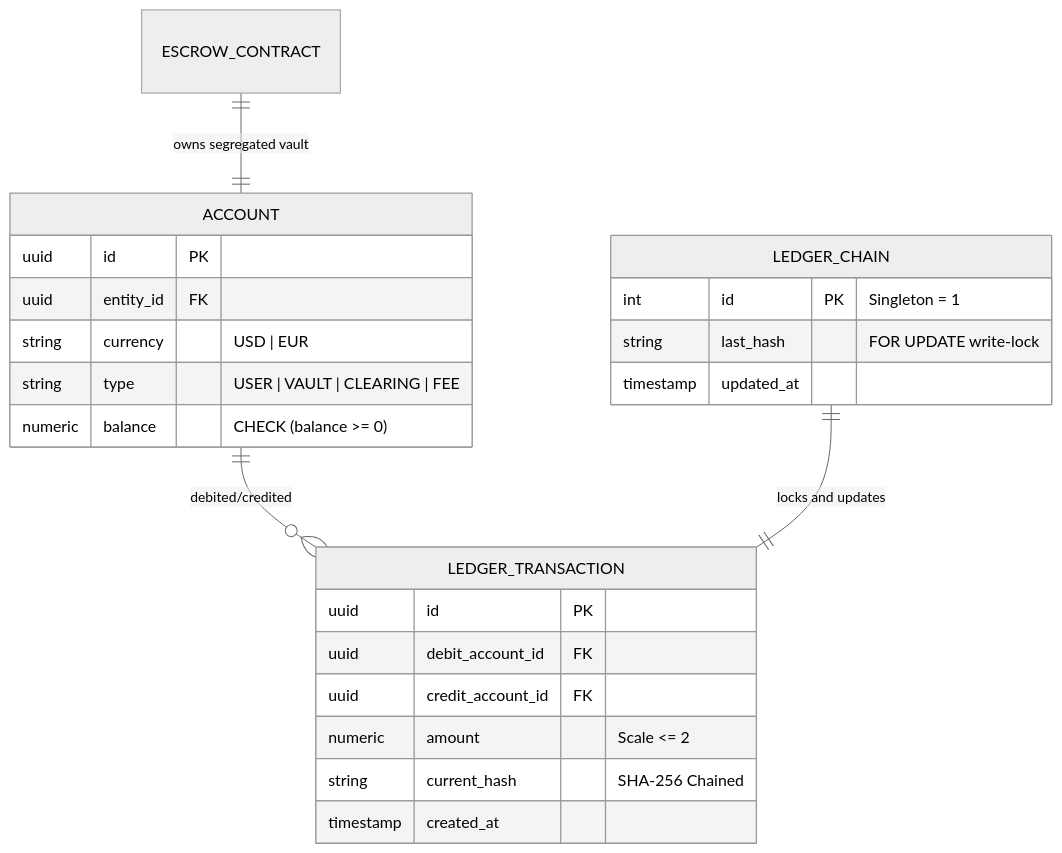
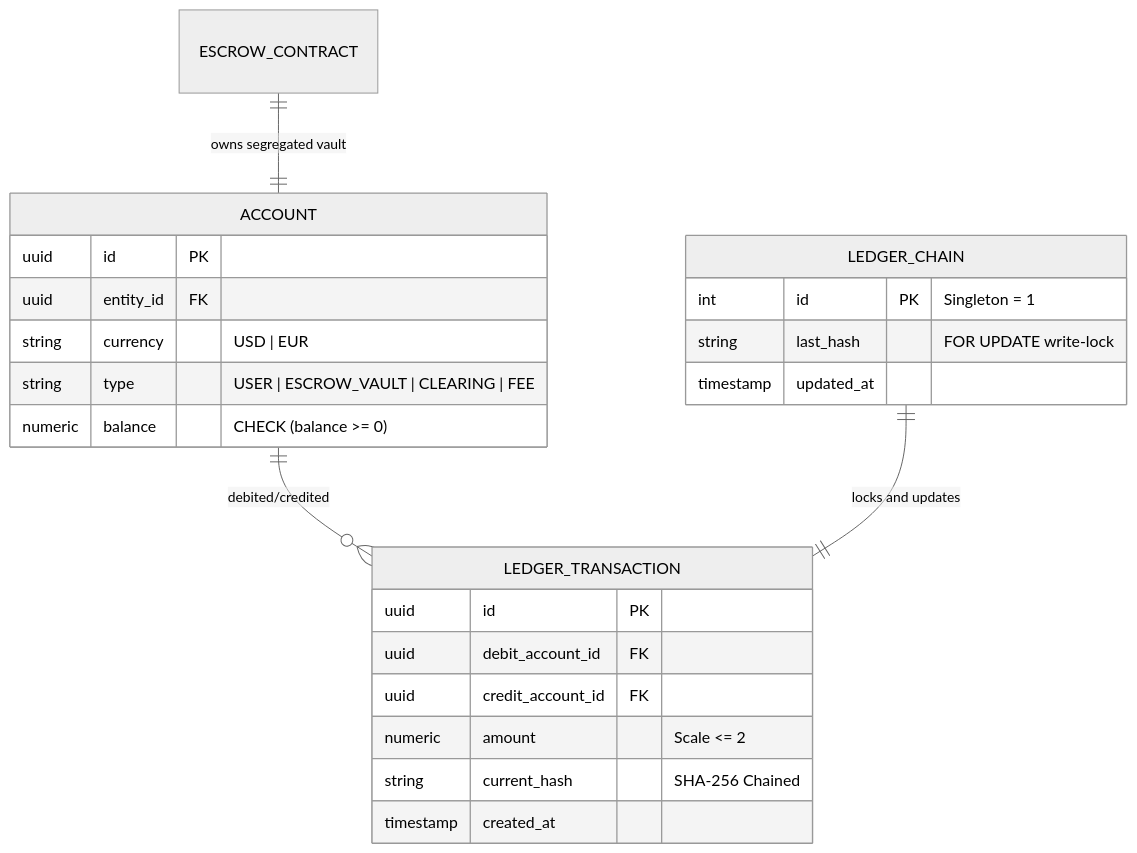
One commit to unnobatroo/escrowrail changed the diagram in docs/wiki/Ledger-and-Financial-Integrity.md. Above: the diagram before and after it, drawn with Mermaid (neutral theme). The commit also changed other lines of this file and 7 other files, not shown here.

````diff
--- a/docs/wiki/Ledger-and-Financial-Integrity.md
+++ b/docs/wiki/Ledger-and-Financial-Integrity.md
@@ -9,29 +24,29 @@
 ```mermaid
 erDiagram
     ACCOUNT ||--o{ LEDGER_TRANSACTION : "debited/credited"
     LEDGER_CHAIN ||--|| LEDGER_TRANSACTION : "locks and updates"
     ESCROW_CONTRACT ||--|| ACCOUNT : "owns segregated vault"
 
     ACCOUNT {
         uuid id PK
         uuid entity_id FK
         string currency "USD | EUR"
-        string type "USER | VAULT | CLEARING | FEE"
+        string type "USER | ESCROW_VAULT | CLEARING | FEE"
         numeric balance "CHECK (balance >= 0)"
     }
 
     LEDGER_TRANSACTION {
         uuid id PK
         uuid debit_account_id FK
         uuid credit_account_id FK
         numeric amount "Scale <= 2"
         string current_hash "SHA-256 Chained"
         timestamp created_at
     }
 
     LEDGER_CHAIN {
         int id PK "Singleton = 1"
         string last_hash "FOR UPDATE write-lock"
         timestamp updated_at
     }
 ```
````
